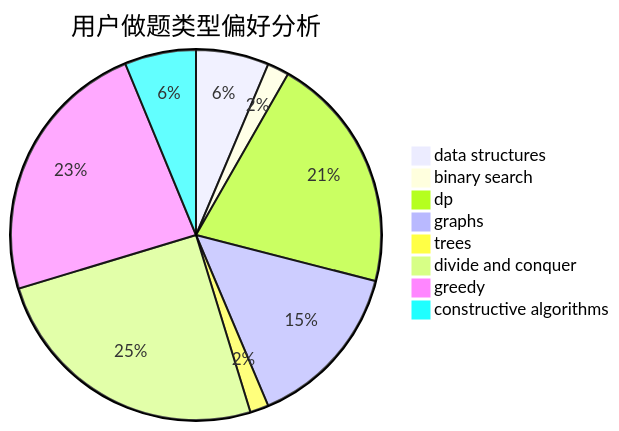
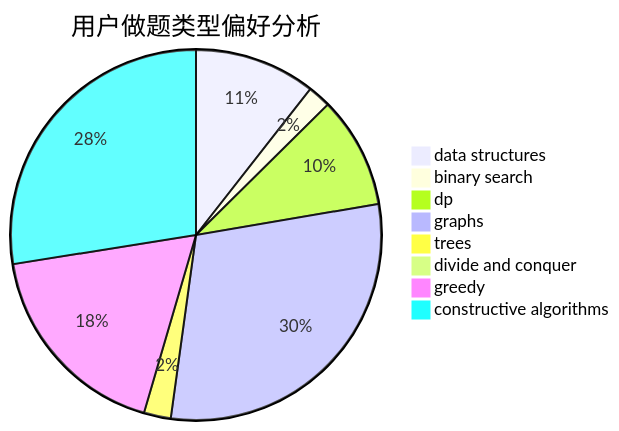
Before and after one commit to sherpahu/cfrs.github.io: the second of 3 diagrams in docs/user/u46.md, drawn with Mermaid. The commit also changed other lines of this file and 2770 other files, not shown here.

````diff
--- a/docs/user/u46.md
+++ b/docs/user/u46.md
@@ -23,11 +23,11 @@
 ```mermaid
 pie title 用户做题类型偏好分析
-    "data structures" :  47
-    "binary search" :  14
-    "dp" :  153
-    "graphs" :  108
-    "trees" :  12
-    "divide and conquer" :  185
-    "greedy" :  173
-    "constructive algorithms" :  46
+    "data structures" :  63
+    "binary search" :  12
+    "dp" :  58
+    "graphs" :  178
+    "trees" :  14
+    "divide and conquer" :  0
+    "greedy" :  107
+    "constructive algorithms" :  164
 ```
````
